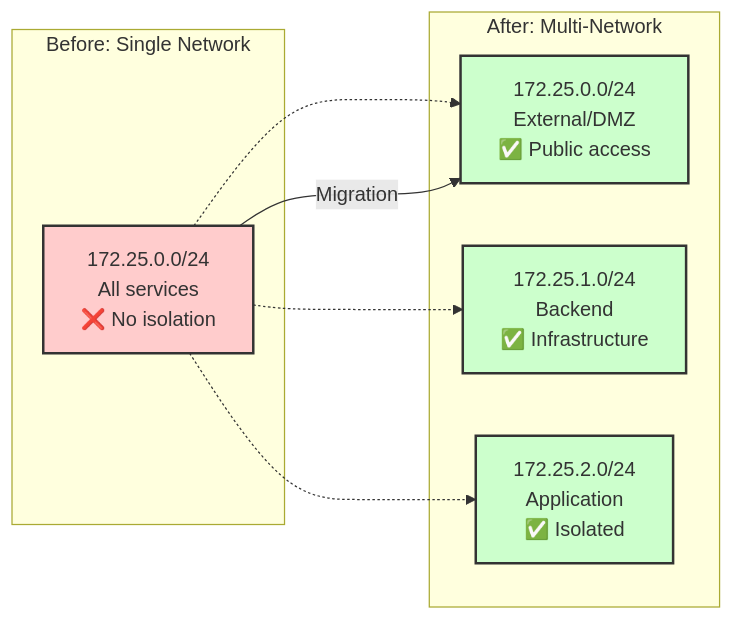
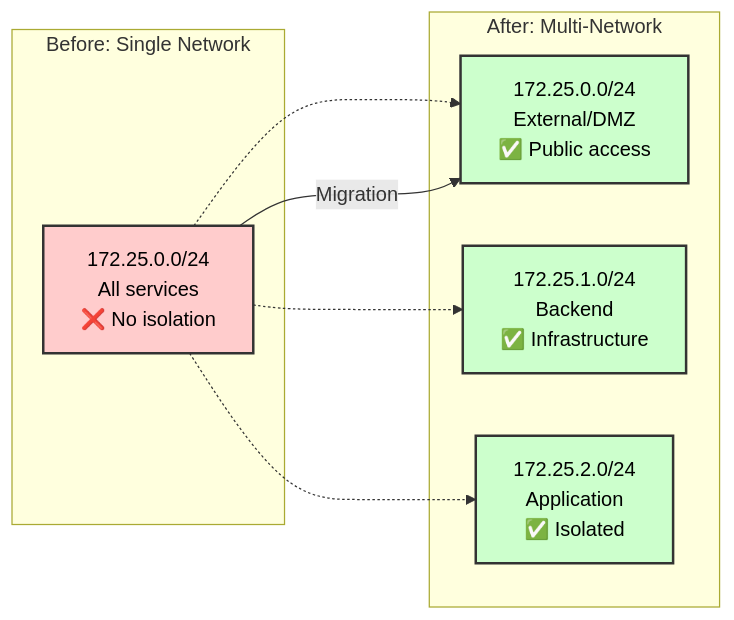
The tenth of 10 diagrams in PRESENTATION.md (randomKara/ldap-dex-IDP), drawn with Mermaid before and after one commit. The commit also changed other lines of this file, not shown here.

````diff
--- a/PRESENTATION.md
+++ b/PRESENTATION.md
@@ -411,24 +411,24 @@
 ```mermaid
 graph LR
     subgraph "Before: Single Network"
         OLD[172.25.0.0/24<br/>All services<br/>❌ No isolation]
     end
     
     subgraph "After: Multi-Network"
         NEW1[172.25.0.0/24<br/>External/DMZ<br/>✅ Public access]
         NEW2[172.25.1.0/24<br/>Backend<br/>✅ Infrastructure]
         NEW3[172.25.2.0/24<br/>Application<br/>✅ Isolated]
     end
     
     OLD -.-> NEW1
     OLD -.-> NEW2
     OLD -.-> NEW3
     
     OLD --> |Migration| NEW1
     
-    classDef old fill:#ffcccc,stroke:#333,stroke-width:2px
-    classDef new fill:#ccffcc,stroke:#333,stroke-width:2px
+    classDef old fill:#ffcccc,stroke:#333,stroke-width:2px,color:#000000
+    classDef new fill:#ccffcc,stroke:#333,stroke-width:2px,color:#000000
     
     class OLD old
     class NEW1,NEW2,NEW3 new
 ```
````
